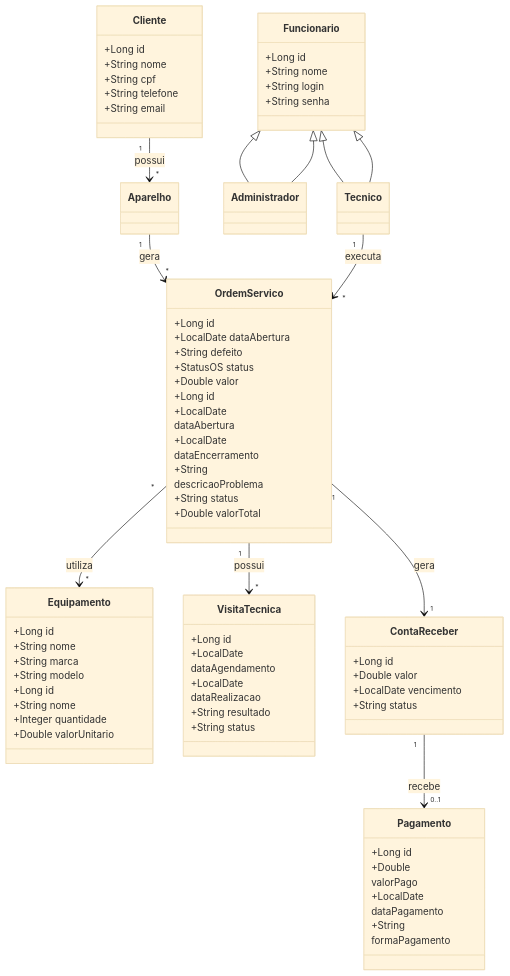
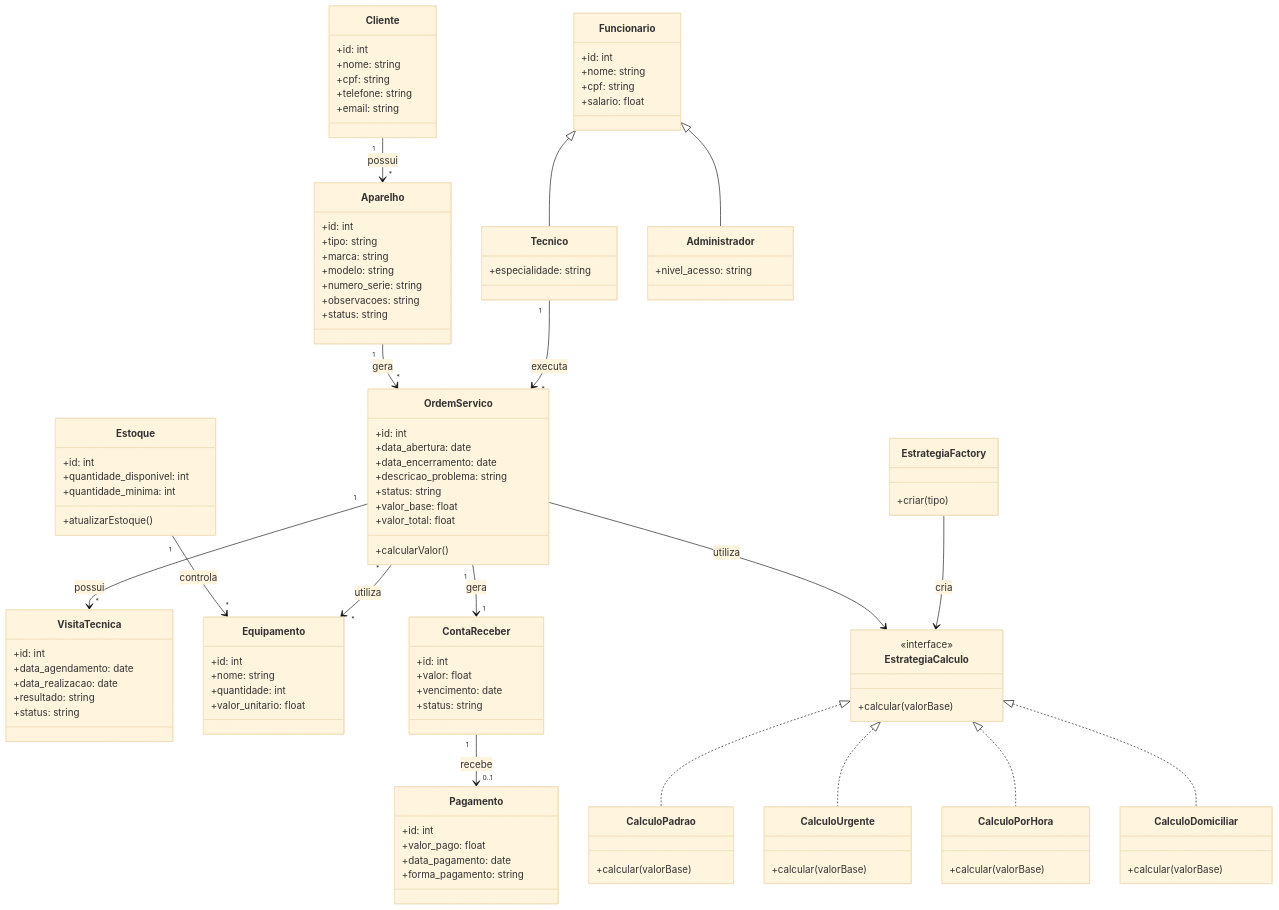
The first of 2 diagrams in docs/modelo.md (mariana097/assistencia), drawn with Mermaid (base theme) before and after one commit. The commit also changed other lines of this file, not shown here.

First line of the commit message:
Revise class diagram and entity descriptions

````diff
--- a/docs/modelo.md
+++ b/docs/modelo.md
@@ -6,96 +4,147 @@
 classDiagram
 
 class Cliente {
-    +Long id
-    +String nome
-    +String cpf
-    +String telefone
-    +String email
+    +id: int
+    +nome: string
+    +cpf: string
+    +telefone: string
+    +email: string
+}
+
+class Aparelho {
+    +id: int
+    +tipo: string
+    +marca: string
+    +modelo: string
+    +numero_serie: string
+    +observacoes: string
+    +status: string
+}
+
+class Funcionario {
+    +id: int
+    +nome: string
+    +cpf: string
+    +salario: float
+}
+
+class Tecnico {
+    +especialidade: string
+}
+
+class Administrador {
+    +nivel_acesso: string
+}
+
+class OrdemServico {
+    +id: int
+    +data_abertura: date
+    +data_encerramento: date
+    +descricao_problema: string
+    +status: string
+    +valor_base: float
+    +valor_total: float
+    +calcularValor()
+}
+
+class VisitaTecnica {
+    +id: int
+    +data_agendamento: date
+    +data_realizacao: date
+    +resultado: string
+    +status: string
 }
 
 class Equipamento {
-    +Long id
-    +String nome
-    +String marca
-    +String modelo
+    +id: int
+    +nome: string
+    +quantidade: int
+    +valor_unitario: float
 }
 
-class OrdemServico {
-    +Long id
-    +LocalDate dataAbertura
-    +String defeito
-    +StatusOS status
-    +Double valor
+class Estoque {
+    +id: int
+    +quantidade_disponivel: int
+    +quantidade_minima: int
+    +atualizarEstoque()
 }
 
-class Funcionario {
-    +Long id
-    +String nome
-    +String login
-    +String senha
+class ContaReceber {
+    +id: int
+    +valor: float
+    +vencimento: date
+    +status: string
 }
 
-class Tecnico
-
-class Administrador 
-
-class OrdemServico {
-    +Long id 
-    +LocalDate 
-    dataAbertura 
-    +LocalDate 
-    dataEncerramento 
-    +String 
-    descricaoProblema 
-    +String status 
-    +Double valorTotal 
-} 
-
-class VisitaTecnica { 
-    +Long id 
-    +LocalDate 
-    dataAgendamento 
-    +LocalDate 
-    dataRealizacao 
-    +String resultado 
-    +String status 
-} 
-
-class Equipamento { 
-    +Long id 
-    +String nome 
-    +Integer quantidade 
-    +Double valorUnitario 
-} 
-
-class ContaReceber { 
-    +Long id 
-    +Double valor 
-    +LocalDate vencimento 
-    +String status 
-} 
-
-class Pagamento { 
-    +Long id 
-    +Double 
-    valorPago 
-    +LocalDate 
-    dataPagamento 
-    +String 
-    formaPagamento 
+class Pagamento {
+    +id: int
+    +valor_pago: float
+    +data_pagamento: date
+    +forma_pagamento: string
 }
 
+%% Strategy
+
+class EstrategiaCalculo {
+    <<interface>>
+    +calcular(valorBase)
+}
+
+class CalculoPadrao {
+    +calcular(valorBase)
+}
+
+class CalculoUrgente {
+    +calcular(valorBase)
+}
+
+class CalculoPorHora {
+    +calcular(valorBase)
+}
+
+class CalculoDomiciliar {
+    +calcular(valorBase)
+}
+
+%% Factory Method
+
+class EstrategiaFactory {
+    +criar(tipo)
+}
+
+%% Herança
 
 Funcionario <|-- Tecnico
-Funcionario <|-- Administrador 
+Funcionario <|-- Administrador
 
-Funcionario <|-- Tecnico 
-Funcionario <|-- Administrador 
-Cliente "1" --> "*" Aparelho : possui 
-Aparelho "1" --> "*" OrdemServico : gera 
-Tecnico "1" --> "*" OrdemServico : executa 
-OrdemServico "1" --> "*" VisitaTecnica : possui 
-OrdemServico "1" --> "1" ContaReceber : gera 
-ContaReceber "1" --> "0..1" Pagamento : recebe 
+%% Relacionamentos
+
+Cliente "1" --> "*" Aparelho : possui
+
+Aparelho "1" --> "*" OrdemServico : gera
+
+Tecnico "1" --> "*" OrdemServico : executa
+
+OrdemServico "1" --> "*" VisitaTecnica : possui
+
+OrdemServico "1" --> "1" ContaReceber : gera
+
+ContaReceber "1" --> "0..1" Pagamento : recebe
+
+Estoque "1" --> "*" Equipamento : controla
+
 OrdemServico "*" --> "*" Equipamento : utiliza
+
+%% Strategy
+
+OrdemServico --> EstrategiaCalculo : utiliza
+
+EstrategiaCalculo <|.. CalculoPadrao
+EstrategiaCalculo <|.. CalculoUrgente
+EstrategiaCalculo <|.. CalculoPorHora
+EstrategiaCalculo <|.. CalculoDomiciliar
+
+%% Factory
+
+EstrategiaFactory --> EstrategiaCalculo : cria
 ```
````
